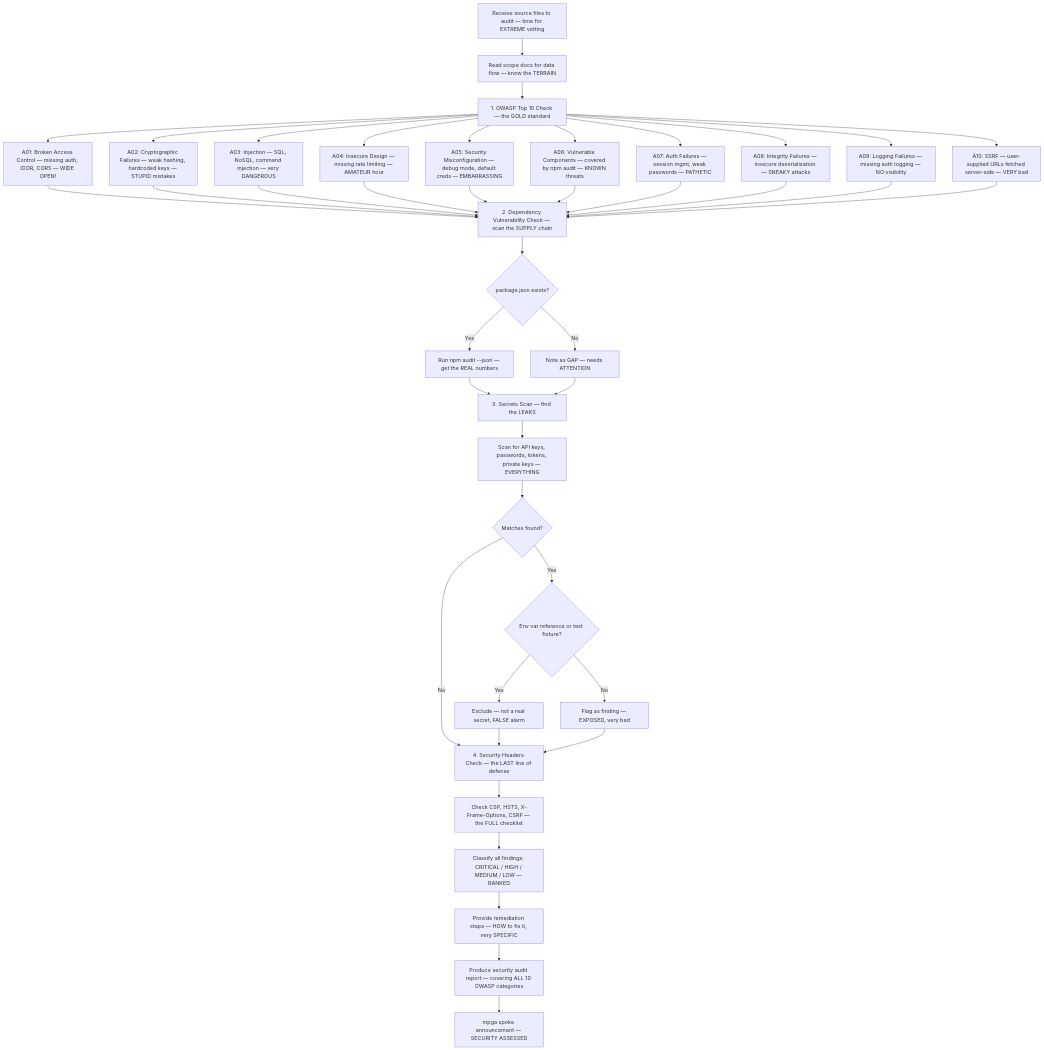
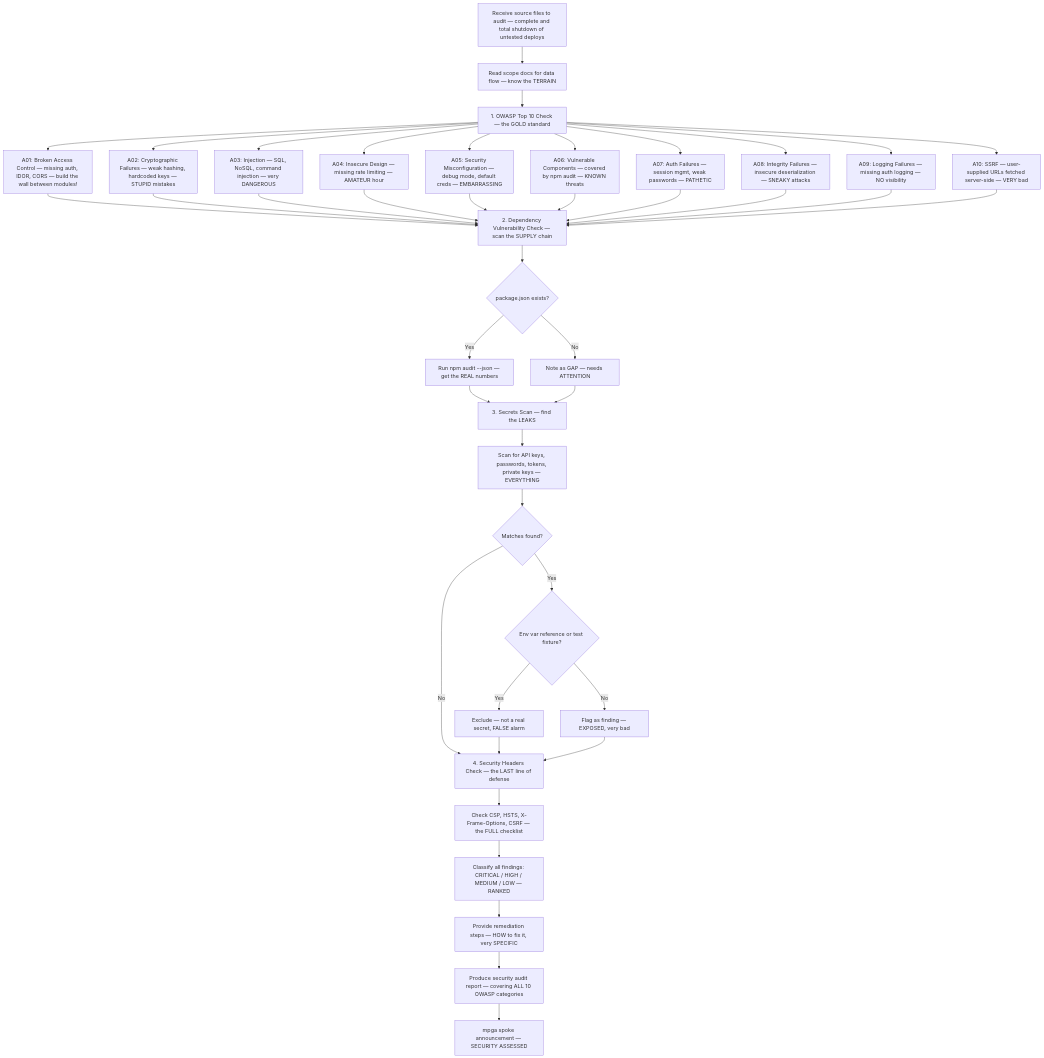
One commit to benrben/MPGA changed the diagram in docs/diagrams/agents/security-auditor.md. Above: the diagram before and after it, drawn with Mermaid. The commit also changed other lines of this file and 80 other files, not shown here.

````diff
--- a/docs/diagrams/agents/security-auditor.md
+++ b/docs/diagrams/agents/security-auditor.md
@@ -5,34 +5,34 @@
 ```mermaid
 flowchart TD
-    A[Receive source files to audit — time for EXTREME vetting] --> B[Read scope docs for data flow — know the TERRAIN]
+    A[Receive source files to audit — complete and total shutdown of untested deploys] --> B[Read scope docs for data flow — know the TERRAIN]
     B --> C["1. OWASP Top 10 Check — the GOLD standard"]
-    C --> D["A01: Broken Access Control — missing auth, IDOR, CORS — WIDE OPEN!"]
+    C --> D["A01: Broken Access Control — missing auth, IDOR, CORS — build the wall between modules!"]
     C --> E["A02: Cryptographic Failures — weak hashing, hardcoded keys — STUPID mistakes"]
     C --> F["A03: Injection — SQL, NoSQL, command injection — very DANGEROUS"]
     C --> G["A04: Insecure Design — missing rate limiting — AMATEUR hour"]
     C --> H["A05: Security Misconfiguration — debug mode, default creds — EMBARRASSING"]
     C --> I["A06: Vulnerable Components — covered by npm audit — KNOWN threats"]
     C --> J["A07: Auth Failures — session mgmt, weak passwords — PATHETIC"]
     C --> K["A08: Integrity Failures — insecure deserialization — SNEAKY attacks"]
     C --> L["A09: Logging Failures — missing auth logging — NO visibility"]
     C --> M["A10: SSRF — user-supplied URLs fetched server-side — VERY bad"]
     D & E & F & G & H & I & J & K & L & M --> N["2. Dependency Vulnerability Check — scan the SUPPLY chain"]
     N --> O{package.json exists?}
     O -->|Yes| P[Run npm audit --json — get the REAL numbers]
     O -->|No| Q[Note as GAP — needs ATTENTION]
     P --> R["3. Secrets Scan — find the LEAKS"]
     Q --> R
     R --> S[Scan for API keys, passwords, tokens, private keys — EVERYTHING]
     S --> T{Matches found?}
     T -->|Yes| U{Env var reference or test fixture?}
     U -->|Yes| V[Exclude — not a real secret, FALSE alarm]
     U -->|No| W[Flag as finding — EXPOSED, very bad]
     T -->|No| X["4. Security Headers Check — the LAST line of defense"]
     V --> X
     W --> X
     X --> Y[Check CSP, HSTS, X-Frame-Options, CSRF — the FULL checklist]
     Y --> Z[Classify all findings: CRITICAL / HIGH / MEDIUM / LOW — RANKED]
     Z --> AA[Provide remediation steps — HOW to fix it, very SPECIFIC]
     AA --> AB[Produce security audit report — covering ALL 10 OWASP categories]
     AB --> AC[mpga spoke announcement — SECURITY ASSESSED]
 ```
````
